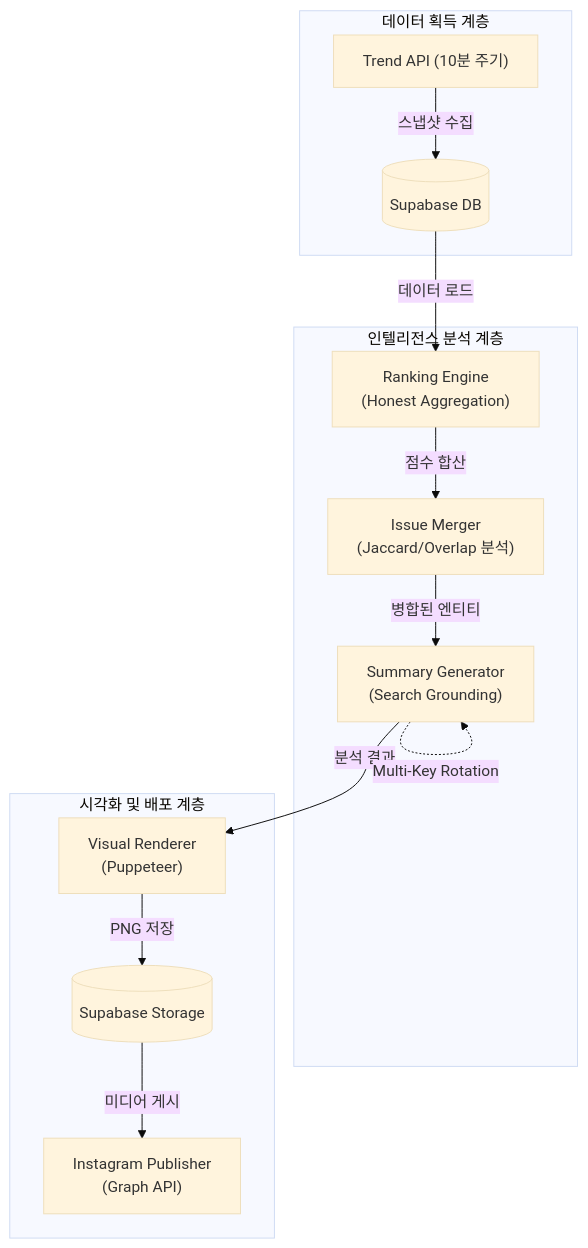
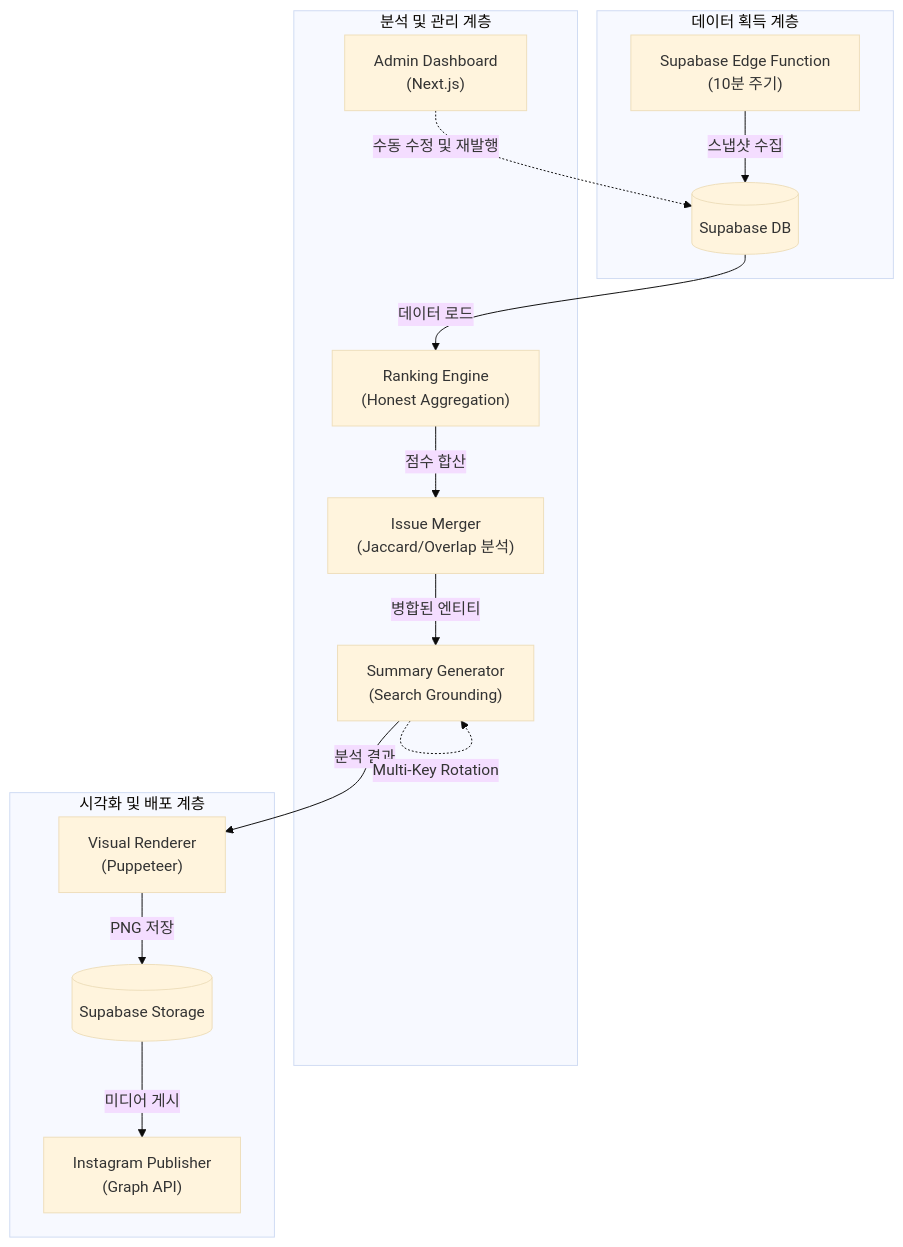
Before and after one commit to Jay-Bang/ITssue: the diagram in README.md, drawn with Mermaid (base theme). The commit also changed other lines of this file and 1 other file, not shown here.

````diff
--- a/README.md
+++ b/README.md
@@ -41,18 +42,19 @@
 ```mermaid
 graph TD;
     subgraph "데이터 획득 계층"
-        A["Trend API (10분 주기)"] -- 스냅샷 수집 --> B[("Supabase DB")];
+        A["Supabase Edge Function<br>(10분 주기)"] -- 스냅샷 수집 --> B[("Supabase DB")];
     end
-    subgraph "인텔리전스 분석 계층"
+    subgraph "분석 및 관리 계층"
         B -- 데이터 로드 --> C["Ranking Engine<br>(Honest Aggregation)"];
         C -- 점수 합산 --> D["Issue Merger<br>(Jaccard/Overlap 분석)"];
         D -- 병합된 엔티티 --> E["Summary Generator<br>(Search Grounding)"];
+        I["Admin Dashboard<br>(Next.js)"] -.->|수동 수정 및 재발행| B;
     end
     subgraph "시각화 및 배포 계층"
         E -- 분석 결과 --> F["Visual Renderer<br>(Puppeteer)"];
         F -- PNG 저장 --> G[("Supabase Storage")];
         G -- 미디어 게시 --> H["Instagram Publisher<br>(Graph API)"];
     end
 
     E -.->|Multi-Key Rotation| E;
 ```
````
